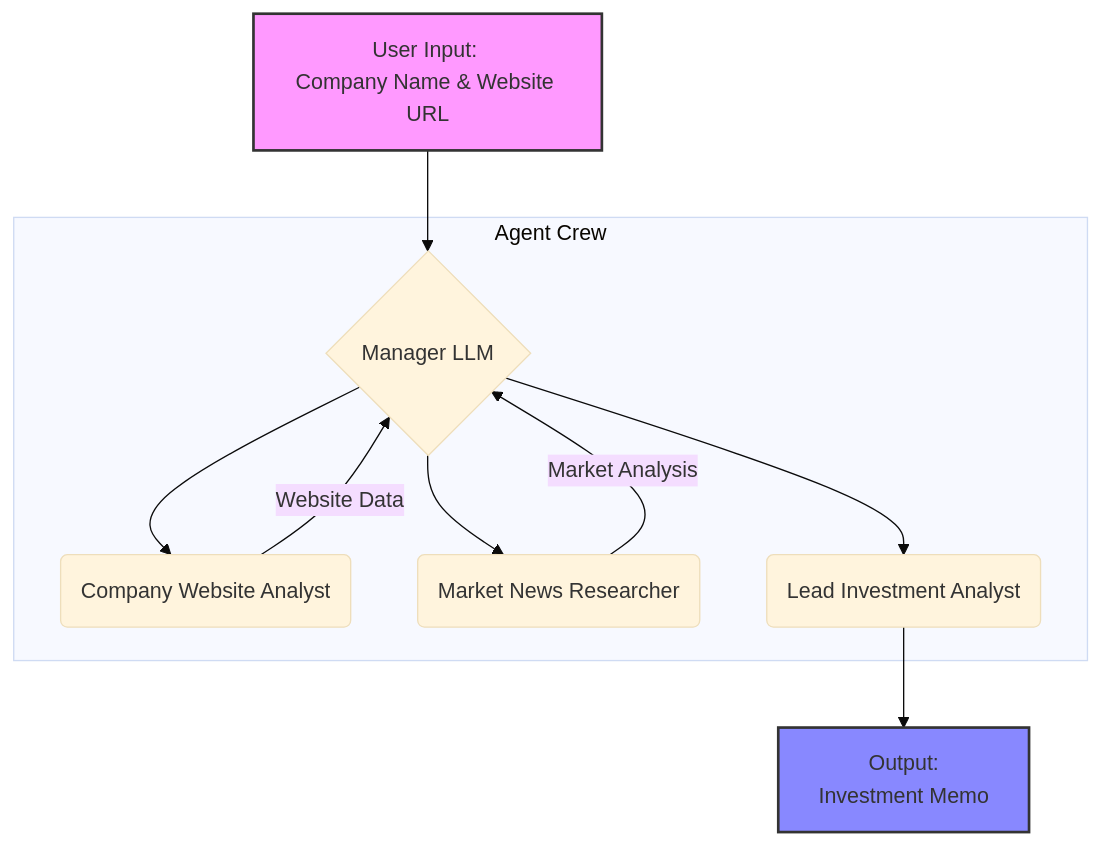
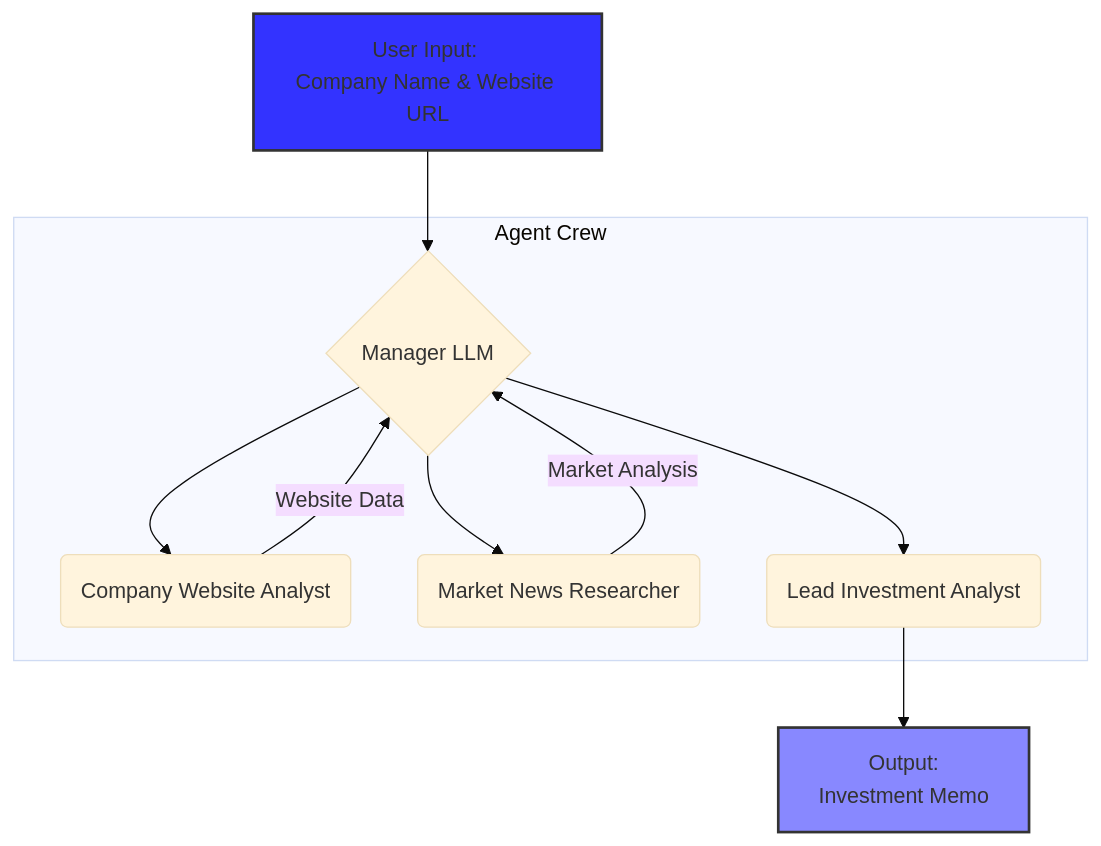
The diagram in README.md (humannx2/m-a-agent), drawn with Mermaid (base theme) before and after one commit.

````diff
--- a/README.md
+++ b/README.md
@@ -17,19 +17,19 @@
 ```mermaid
 graph TD
     A[User Input: <br/>Company Name & Website URL] --> B{Manager LLM};
 
     subgraph "Agent Crew"
         B --> C(Company Website Analyst);
         C -->|Website Data| B;
         
         B --> D(Market News Researcher);
         D -->|Market Analysis| B;
         
         B --> E(Lead Investment Analyst);
     end
 
     E --> F[Output: <br/>Investment Memo];
     
-    style A fill:#f9f,stroke:#333,stroke-width:2px
+    style A fill:#33f,stroke:#333,stroke-width:2px
     style F fill:#88f,stroke:#333,stroke-width:2px
 ```
````
